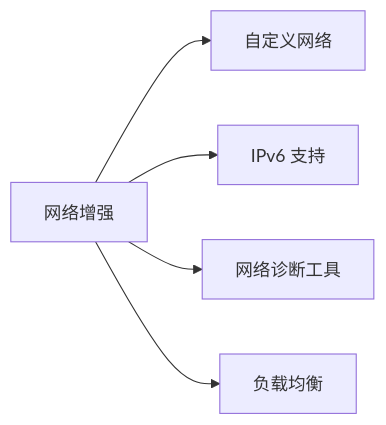
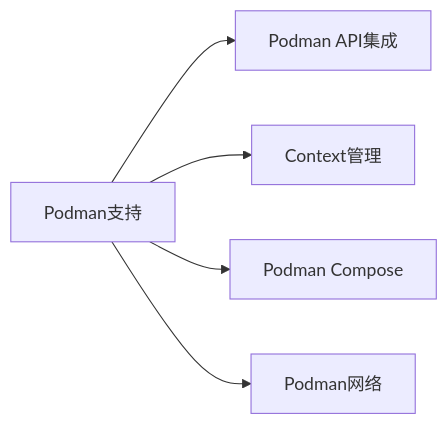
The second of 6 diagrams in docs/ROADMAP.md (LineCatOvO/DFA), drawn with Mermaid before and after one commit. The commit also changed other lines of this file and 25 other files, not shown here.

````diff
--- a/docs/ROADMAP.md
+++ b/docs/ROADMAP.md
@@ -45,7 +45,7 @@
 ```mermaid
 graph LR
-    A[网络增强] --> B[自定义网络]
-    A --> C[IPv6 支持]
-    A --> D[网络诊断工具]
-    A --> E[负载均衡]
+    A[Podman支持] --> B[Podman API集成]
+    A --> C[Context管理]
+    A --> D[Podman Compose]
+    A --> E[Podman网络]
 ```
````
